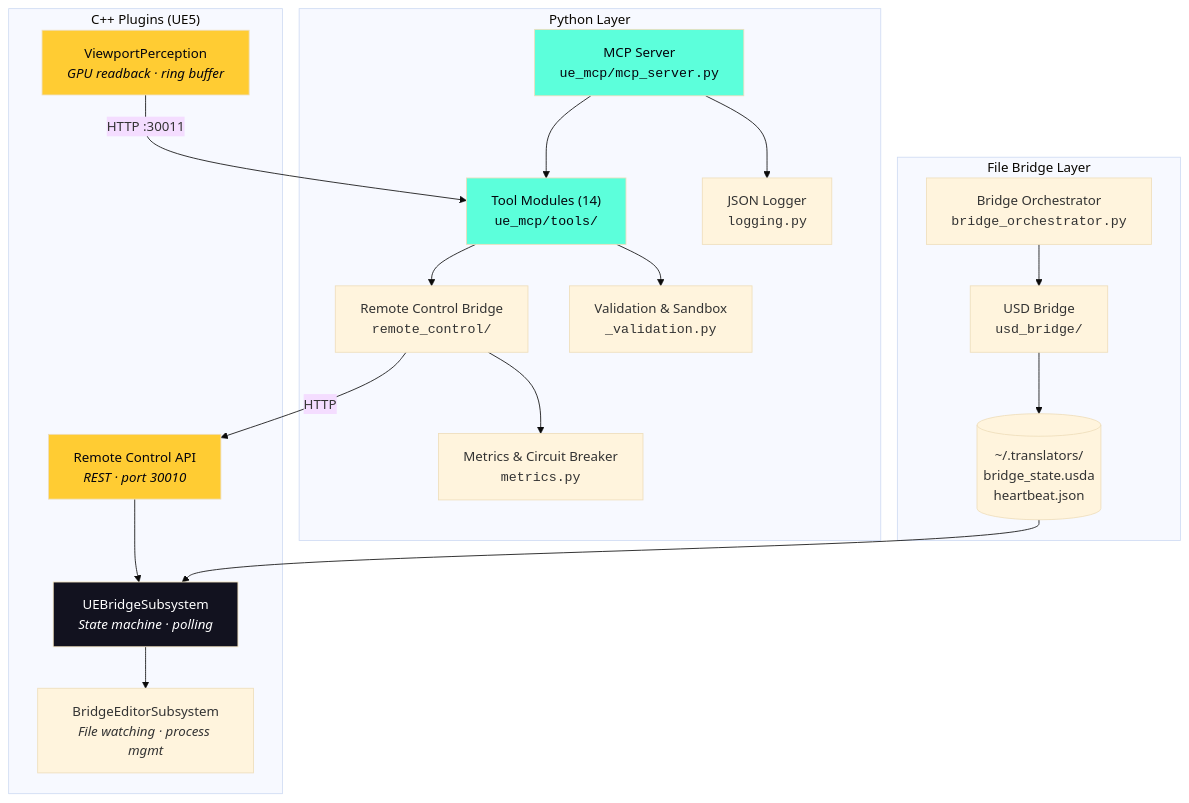
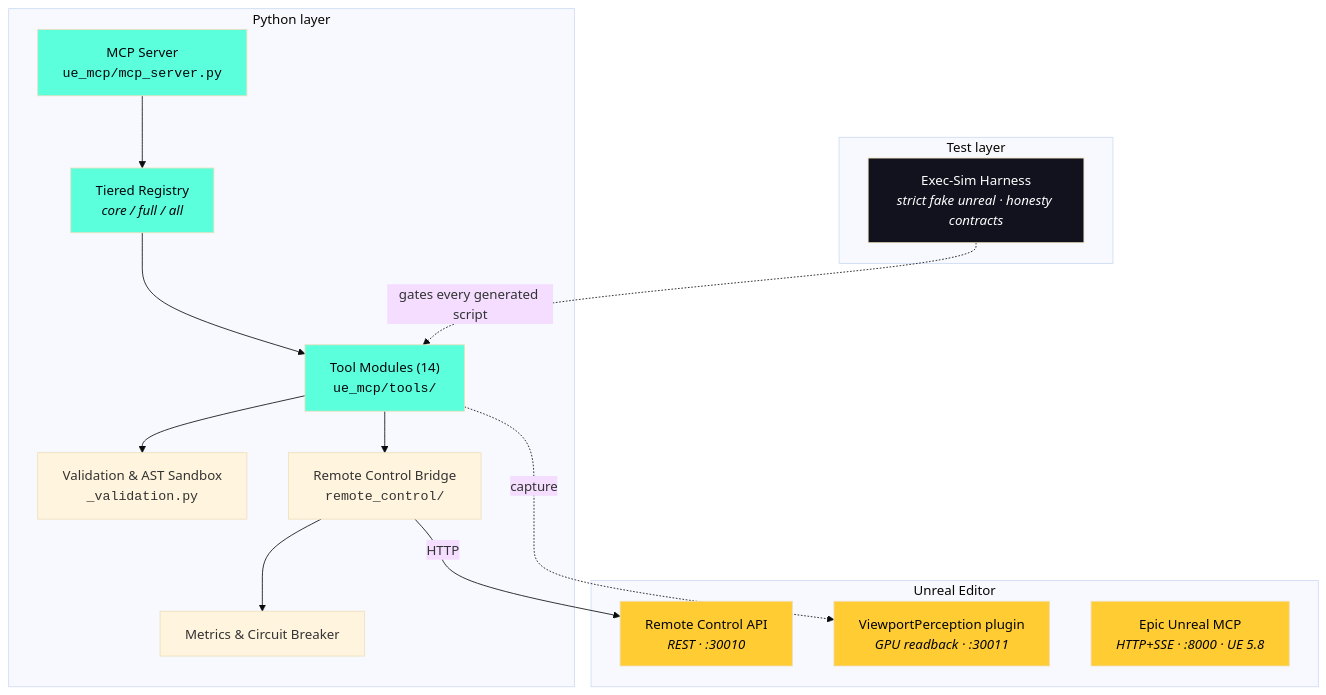
The second of 2 diagrams in README.md (JosephOIbrahim/UnrealEngine_Bridge), drawn with Mermaid (base theme) before and after one commit. The commit also changed other lines of this file and 18 other files, not shown here.

First line of the commit message:
release: v0.2.0 — the Epic MCP era (#17)

````diff
--- a/README.md
+++ b/README.md
@@ -220,43 +188,36 @@
 ```mermaid
 graph TB
-    subgraph "Python Layer"
+    subgraph Python layer
         MCP["MCP Server<br/><code>ue_mcp/mcp_server.py</code>"]
+        Reg["Tiered Registry<br/><i>core / full / all</i>"]
         Tools["Tool Modules (14)<br/><code>ue_mcp/tools/</code>"]
+        Val["Validation & AST Sandbox<br/><code>_validation.py</code>"]
         RC["Remote Control Bridge<br/><code>remote_control/</code>"]
-        Val["Validation & Sandbox<br/><code>_validation.py</code>"]
-        Met["Metrics & Circuit Breaker<br/><code>metrics.py</code>"]
-        Log["JSON Logger<br/><code>logging.py</code>"]
+        Met["Metrics & Circuit Breaker"]
     end
 
-    subgraph "File Bridge Layer"
-        Orch["Bridge Orchestrator<br/><code>bridge_orchestrator.py</code>"]
-        USD["USD Bridge<br/><code>usd_bridge/</code>"]
-        FS[("~/.translators/<br/>bridge_state.usda<br/>heartbeat.json")]
+    subgraph Test layer
+        Sim["Exec-Sim Harness<br/><i>strict fake unreal · honesty contracts</i>"]
     end
 
-    subgraph "C++ Plugins (UE5)"
-        Sub["UEBridgeSubsystem<br/><i>State machine · polling</i>"]
-        Ed["BridgeEditorSubsystem<br/><i>File watching · process mgmt</i>"]
-        VP["ViewportPerception<br/><i>GPU readback · ring buffer</i>"]
-        RCAPI["Remote Control API<br/><i>REST · port 30010</i>"]
+    subgraph Unreal Editor
+        RCAPI["Remote Control API<br/><i>REST · :30010</i>"]
+        VP["ViewportPerception plugin<br/><i>GPU readback · :30011</i>"]
+        EPIC["Epic Unreal MCP<br/><i>HTTP+SSE · :8000 · UE 5.8</i>"]
     end
 
-    MCP --> Tools
+    MCP --> Reg --> Tools
     Tools --> Val
-    Tools --> RC
-    RC --> Met
-    MCP --> Log
-    RC -- "HTTP" --> RCAPI
-    RCAPI --> Sub
-    Orch --> USD
-    USD --> FS
-    FS --> Sub
-    Sub --> Ed
-    VP -- "HTTP :30011" --> Tools
+    Tools --> RC --> Met
+    RC -- HTTP --> RCAPI
+    Tools -. capture .-> VP
+    Sim -. gates every generated script .-> Tools
 
     style MCP fill:#5CFFDB,color:#05050D
+    style Reg fill:#5CFFDB,color:#05050D
     style Tools fill:#5CFFDB,color:#05050D
+    style Sim fill:#12121F,color:#fff
     style RCAPI fill:#FFCC33,color:#05050D
-    style Sub fill:#12121F,color:#fff
     style VP fill:#FFCC33,color:#05050D
+    style EPIC fill:#FFCC33,color:#05050D
 ```
````
